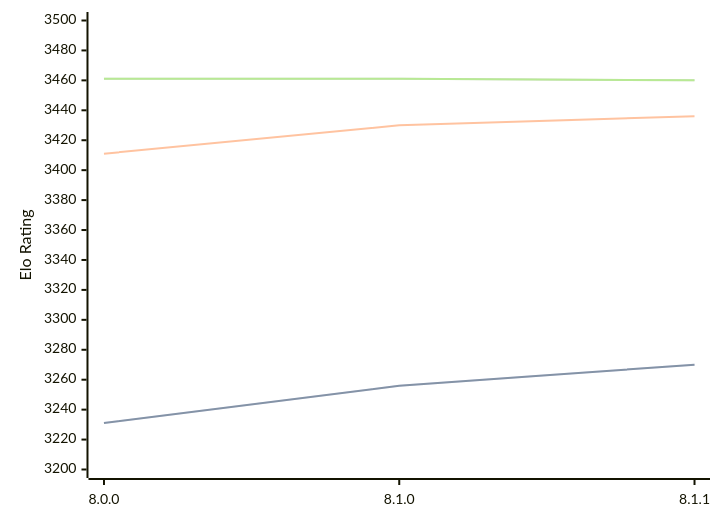
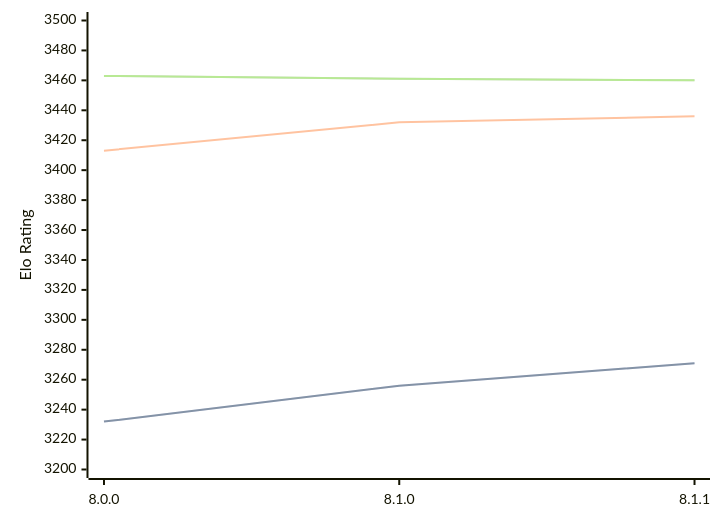
One commit to computer-chess-index/cci changed the diagram in engines/Velvet.md. Above: the diagram before and after it, drawn with Mermaid. The commit also changed other lines of this file, not shown here.

Commit message:
Update CCI Ratings (ELO VLTC) - 2026-07-31

````diff
--- a/engines/Velvet.md
+++ b/engines/Velvet.md
@@ -57,11 +57,11 @@
 ```mermaid
 %%{init: {"theme":"base","themeVariables":{"seriesColors:['#a3a3a3','#222221','#faa371']}}}%%
 xychart-beta
   x-axis ["8.0.0", "8.1.0", "8.1.1"]
   y-axis "Elo Rating" 3200 --> 3500
-  line "STC (8.0+0.08s)" [3231, 3256, 3270]
-  line "STC (8.0+0.08s)" [3231, 3256, 3270]
-  line "LTC (60.0+0.60s)" [3411, 3430, 3436]
-  line "VLTC (2m24s+1.12s)" [3461, 3461, 3460]
-  line "VLTC (2m24s+1.12s)" [3461, 3461, 3460]
+  line "STC (8.0+0.08s)" [3232, 3256, 3271]
+  line "STC (8.0+0.08s)" [3232, 3256, 3271]
+  line "LTC (60.0+0.60s)" [3413, 3432, 3436]
+  line "VLTC (2m24s+1.12s)" [3463, 3461, 3460]
+  line "VLTC (2m24s+1.12s)" [3463, 3461, 3460]
 ```
````
